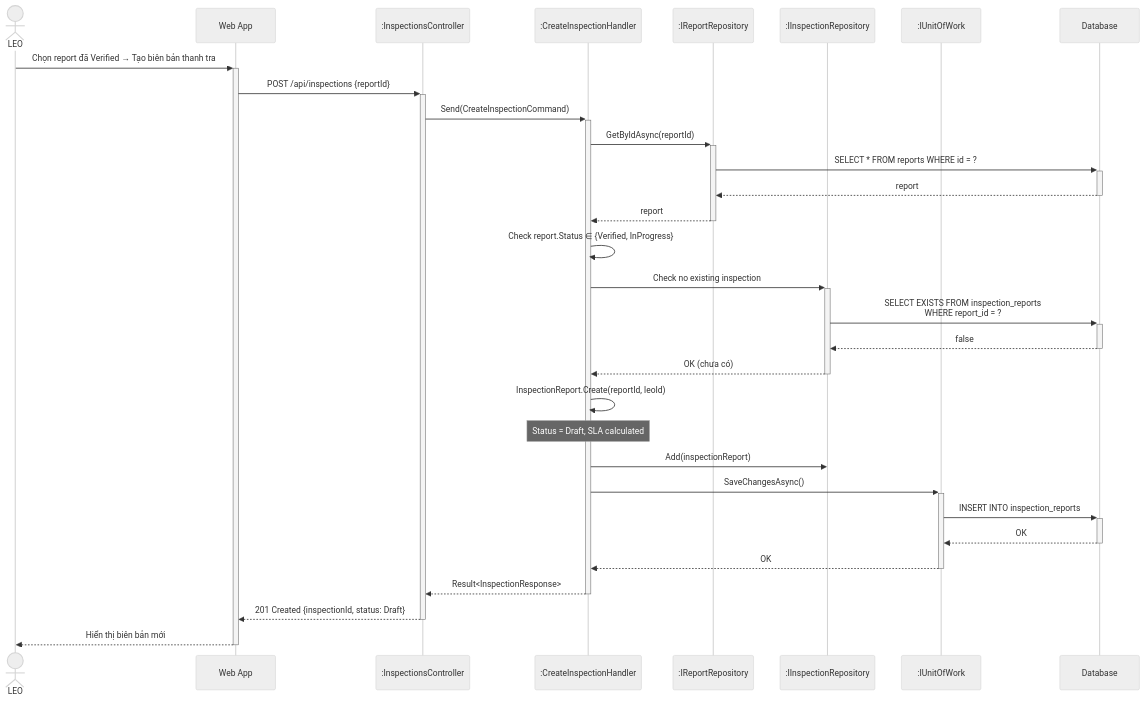
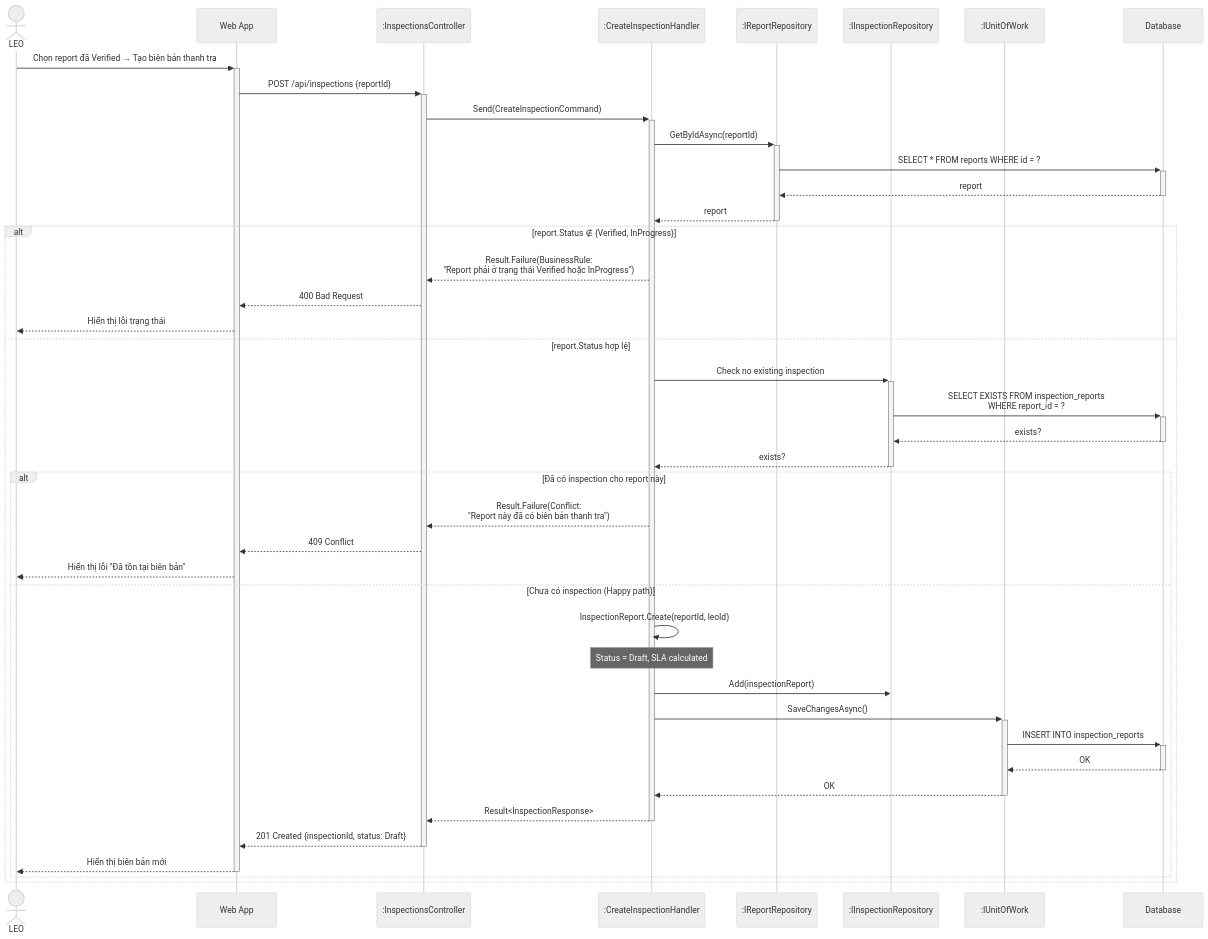
One commit to Capstonne-Project/greenlens-service changed diagram 13 of 25 in docs/BusinessRule/SEQUENCE_DIAGRAMS.md. Above: the diagram before and after it, drawn with Mermaid (neutral theme). The commit also changed other lines of this file, not shown here.

Commit message:
fix(docs): enhance bad case for sequence diagram

````diff
--- a/docs/BusinessRule/SEQUENCE_DIAGRAMS.md
+++ b/docs/BusinessRule/SEQUENCE_DIAGRAMS.md
@@ -748,39 +775,50 @@
 ```mermaid
 sequenceDiagram
     actor LEO
     participant App as Web App
     participant Ctrl as :InspectionsController
     participant Hdl as :CreateInspectionHandler
     participant RptRepo as :IReportRepository
     participant InspRepo as :IInspectionRepository
     participant UoW as :IUnitOfWork
     participant DB as Database
 
     LEO->>+App: Chọn report đã Verified → Tạo biên bản thanh tra
     App->>+Ctrl: POST /api/inspections {reportId}
     Ctrl->>+Hdl: Send(CreateInspectionCommand)
 
     Hdl->>+RptRepo: GetByIdAsync(reportId)
     RptRepo->>+DB: SELECT * FROM reports WHERE id = ?
     DB-->>-RptRepo: report
     RptRepo-->>-Hdl: report
 
-    Hdl->>Hdl: Check report.Status ∈ {Verified, InProgress}
-    Hdl->>+InspRepo: Check no existing inspection
-    InspRepo->>+DB: SELECT EXISTS FROM inspection_reports<br/>WHERE report_id = ?
-    DB-->>-InspRepo: false
-    InspRepo-->>-Hdl: OK (chưa có)
+    alt report.Status ∉ {Verified, InProgress}
+        Hdl-->>Ctrl: Result.Failure(BusinessRule:<br/>"Report phải ở trạng thái Verified hoặc InProgress")
+        Ctrl-->>App: 400 Bad Request
+        App-->>LEO: Hiển thị lỗi trạng thái
+    else report.Status hợp lệ
+        Hdl->>+InspRepo: Check no existing inspection
+        InspRepo->>+DB: SELECT EXISTS FROM inspection_reports<br/>WHERE report_id = ?
+        DB-->>-InspRepo: exists?
+        InspRepo-->>-Hdl: exists?
 
-    Hdl->>Hdl: InspectionReport.Create(reportId, leoId)
-    Note over Hdl: Status = Draft, SLA calculated
-    Hdl->>InspRepo: Add(inspectionReport)
+        alt Đã có inspection cho report này
+            Hdl-->>Ctrl: Result.Failure(Conflict:<br/>"Report này đã có biên bản thanh tra")
+            Ctrl-->>App: 409 Conflict
+            App-->>LEO: Hiển thị lỗi "Đã tồn tại biên bản"
+        else Chưa có inspection (Happy path)
+            Hdl->>Hdl: InspectionReport.Create(reportId, leoId)
+            Note over Hdl: Status = Draft, SLA calculated
+            Hdl->>InspRepo: Add(inspectionReport)
 
-    Hdl->>+UoW: SaveChangesAsync()
-    UoW->>+DB: INSERT INTO inspection_reports
-    DB-->>-UoW: OK
-    UoW-->>-Hdl: OK
+            Hdl->>+UoW: SaveChangesAsync()
+            UoW->>+DB: INSERT INTO inspection_reports
+            DB-->>-UoW: OK
+            UoW-->>-Hdl: OK
 
-    Hdl-->>-Ctrl: Result<InspectionResponse>
-    Ctrl-->>-App: 201 Created {inspectionId, status: Draft}
-    App-->>-LEO: Hiển thị biên bản mới
+            Hdl-->>-Ctrl: Result<InspectionResponse>
+            Ctrl-->>-App: 201 Created {inspectionId, status: Draft}
+            App-->>-LEO: Hiển thị biên bản mới
+        end
+    end
 ```
````
